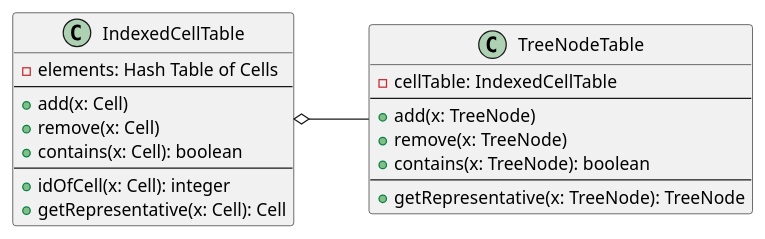
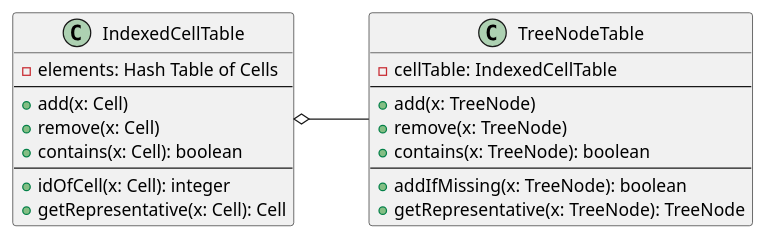
One commit to jatsqi/master-thesis-latex changed the diagram in Bilder/PlantUML/setindextable.plantuml. Above: the diagram before and after it, drawn with PlantUML. The commit also changed 4 other files, not shown here.

```diff
--- a/Bilder/PlantUML/setindextable.plantuml
+++ b/Bilder/PlantUML/setindextable.plantuml
@@ -1,28 +1,29 @@
 @startuml
 skinparam defaultFontName Times New Roman
 left to right direction
 
 class IndexedCellTable {
     -elements: Hash Table of Cells
     --
     +add(x: Cell)
     +remove(x: Cell)
     +contains(x: Cell): boolean
     --
     +idOfCell(x: Cell): integer
     +getRepresentative(x: Cell): Cell
 }
 
 class TreeNodeTable {
     -cellTable: IndexedCellTable
     --
     +add(x: TreeNode)
     +remove(x: TreeNode)
     +contains(x: TreeNode): boolean
     --
+    +addIfMissing(x: TreeNode): boolean
     +getRepresentative(x: TreeNode): TreeNode
 }
 
 IndexedCellTable o-- TreeNodeTable
 
 @enduml
```
